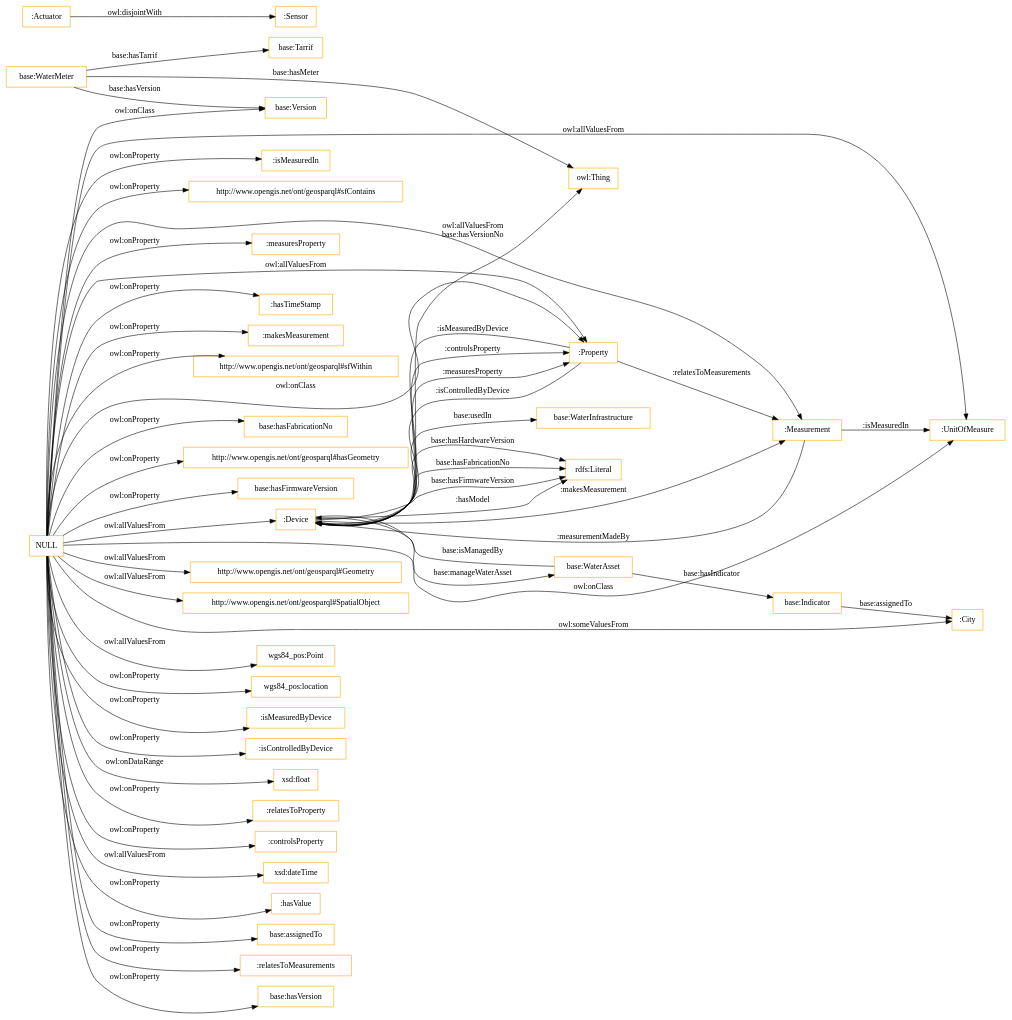
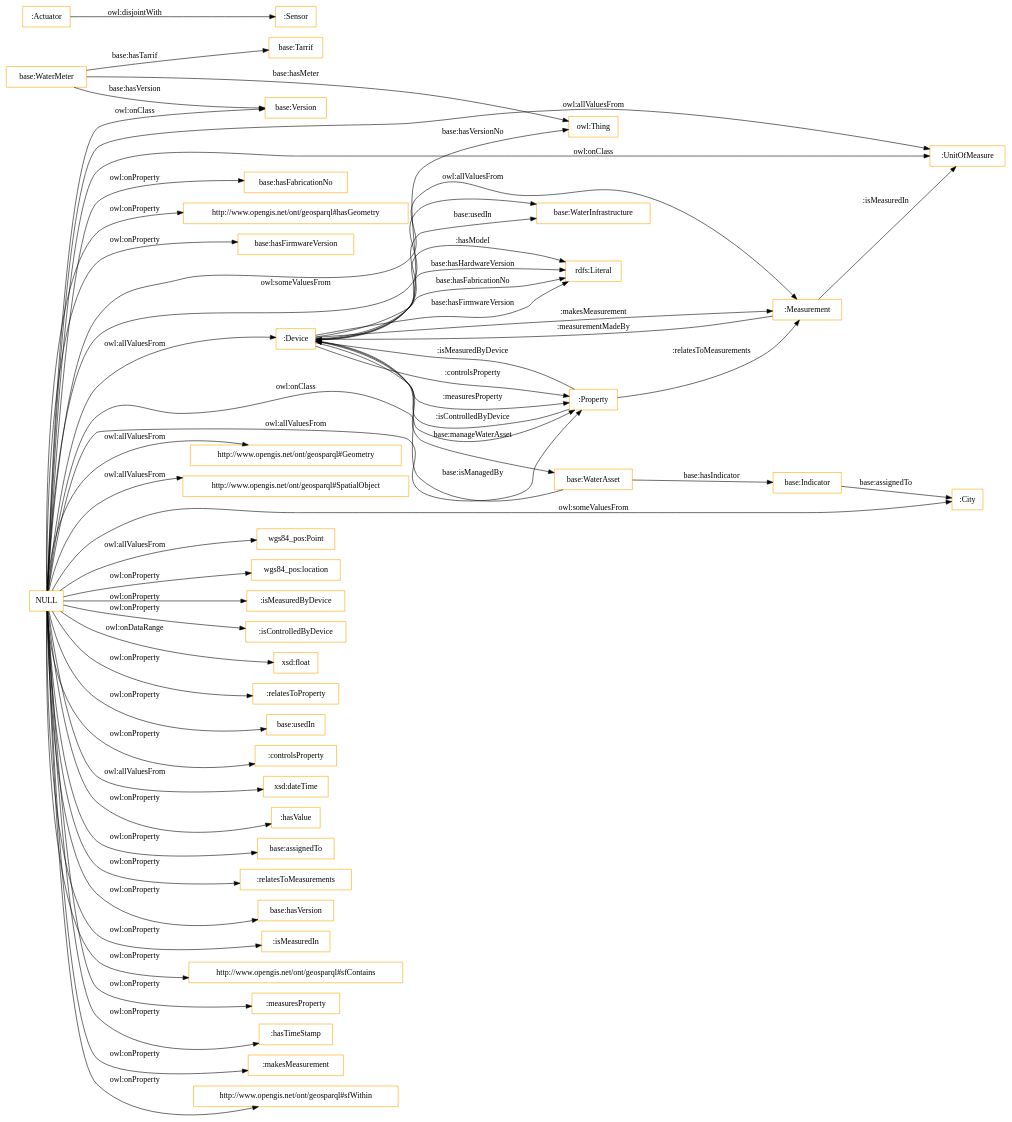
Before and after one commit to tiwari2019/S4WATR-1: the diagram in OnToology/S4Water.owl/diagrams/ar2dtool-class/S4Water.owl.png.dot, drawn with Graphviz. The commit also changed 7 other files, not shown here.

```diff
--- a/OnToology/S4Water.owl/diagrams/ar2dtool-class/S4Water.owl.png.dot
+++ b/OnToology/S4Water.owl/diagrams/ar2dtool-class/S4Water.owl.png.dot
@@ -1,59 +1,61 @@
 digraph ar2dtool_diagram { 
 rankdir=LR;
 size="1501"
 node [shape = rectangle, color="orange"]; "base:Version" ":Property" "base:WaterAsset" ":Sensor" "base:WaterMeter" "base:WaterInfrastructure" ":Device" "base:Indicator" "http://www.opengis.net/ont/geosparql#Geometry" "http://www.opengis.net/ont/geosparql#SpatialObject" ":UnitOfMeasure" ":City" "base:Tarrif" "wgs84_pos:Point" ":Measurement" ":Actuator" ; /*classes style*/
 	"NULL" -> "wgs84_pos:location" [ label = "owl:onProperty" ];
 	"NULL" -> "wgs84_pos:Point" [ label = "owl:allValuesFrom" ];
 	"NULL" -> ":isMeasuredByDevice" [ label = "owl:onProperty" ];
 	"NULL" -> ":isControlledByDevice" [ label = "owl:onProperty" ];
 	"NULL" -> ":Measurement" [ label = "owl:allValuesFrom" ];
 	"NULL" -> "xsd:float" [ label = "owl:onDataRange" ];
 	"NULL" -> "http://www.opengis.net/ont/geosparql#Geometry" [ label = "owl:allValuesFrom" ];
+	"NULL" -> "base:WaterInfrastructure" [ label = "owl:someValuesFrom" ];
 	"NULL" -> ":relatesToProperty" [ label = "owl:onProperty" ];
+	"NULL" -> "base:usedIn" [ label = "owl:onProperty" ];
 	"NULL" -> ":controlsProperty" [ label = "owl:onProperty" ];
 	"NULL" -> ":City" [ label = "owl:someValuesFrom" ];
 	"NULL" -> "xsd:dateTime" [ label = "owl:allValuesFrom" ];
 	"NULL" -> "base:Version" [ label = "owl:onClass" ];
 	"NULL" -> ":hasValue" [ label = "owl:onProperty" ];
 	"NULL" -> "base:assignedTo" [ label = "owl:onProperty" ];
 	"NULL" -> ":relatesToMeasurements" [ label = "owl:onProperty" ];
 	"NULL" -> "http://www.opengis.net/ont/geosparql#SpatialObject" [ label = "owl:allValuesFrom" ];
 	"NULL" -> ":Property" [ label = "owl:onClass" ];
 	"NULL" -> "base:hasVersion" [ label = "owl:onProperty" ];
 	"NULL" -> ":UnitOfMeasure" [ label = "owl:allValuesFrom" ];
 	"NULL" -> ":UnitOfMeasure" [ label = "owl:onClass" ];
 	"NULL" -> ":isMeasuredIn" [ label = "owl:onProperty" ];
 	"NULL" -> "http://www.opengis.net/ont/geosparql#sfContains" [ label = "owl:onProperty" ];
 	"NULL" -> ":measuresProperty" [ label = "owl:onProperty" ];
 	"NULL" -> ":hasTimeStamp" [ label = "owl:onProperty" ];
 	"NULL" -> ":makesMeasurement" [ label = "owl:onProperty" ];
 	"NULL" -> "http://www.opengis.net/ont/geosparql#sfWithin" [ label = "owl:onProperty" ];
 	"NULL" -> "base:hasFabricationNo" [ label = "owl:onProperty" ];
 	"NULL" -> ":Property" [ label = "owl:allValuesFrom" ];
+	"NULL" -> ":Device" [ label = "owl:allValuesFrom" ];
 	"NULL" -> "http://www.opengis.net/ont/geosparql#hasGeometry" [ label = "owl:onProperty" ];
-	"NULL" -> ":Device" [ label = "owl:allValuesFrom" ];
 	"NULL" -> "base:hasFirmwareVersion" [ label = "owl:onProperty" ];
 	":Actuator" -> ":Sensor" [ label = "owl:disjointWith" ];
 	"base:Indicator" -> ":City" [ label = "base:assignedTo" ];
 	":Measurement" -> ":Device" [ label = ":measurementMadeBy" ];
 	":Device" -> "base:WaterAsset" [ label = "base:manageWaterAsset" ];
 	":Device" -> "rdfs:Literal" [ label = ":hasModel" ];
 	":Property" -> ":Device" [ label = ":isControlledByDevice" ];
 	":Device" -> "owl:Thing" [ label = "base:hasVersionNo" ];
 	":Device" -> "rdfs:Literal" [ label = "base:hasHardwareVersion" ];
 	"base:WaterMeter" -> "base:Version" [ label = "base:hasVersion" ];
 	":Property" -> ":Measurement" [ label = ":relatesToMeasurements" ];
 	":Device" -> ":Measurement" [ label = ":makesMeasurement" ];
 	":Device" -> "rdfs:Literal" [ label = "base:hasFabricationNo" ];
 	":Device" -> "rdfs:Literal" [ label = "base:hasFirmwareVersion" ];
 	":Device" -> ":Property" [ label = ":controlsProperty" ];
 	":Device" -> "base:WaterInfrastructure" [ label = "base:usedIn" ];
 	"base:WaterAsset" -> ":Device" [ label = "base:isManagedBy" ];
 	"base:WaterAsset" -> "base:Indicator" [ label = "base:hasIndicator" ];
 	":Property" -> ":Device" [ label = ":isMeasuredByDevice" ];
 	"base:WaterMeter" -> "base:Tarrif" [ label = "base:hasTarrif" ];
 	"base:WaterMeter" -> "owl:Thing" [ label = "base:hasMeter" ];
 	":Measurement" -> ":UnitOfMeasure" [ label = ":isMeasuredIn" ];
 	":Device" -> ":Property" [ label = ":measuresProperty" ];
 
 }
```
